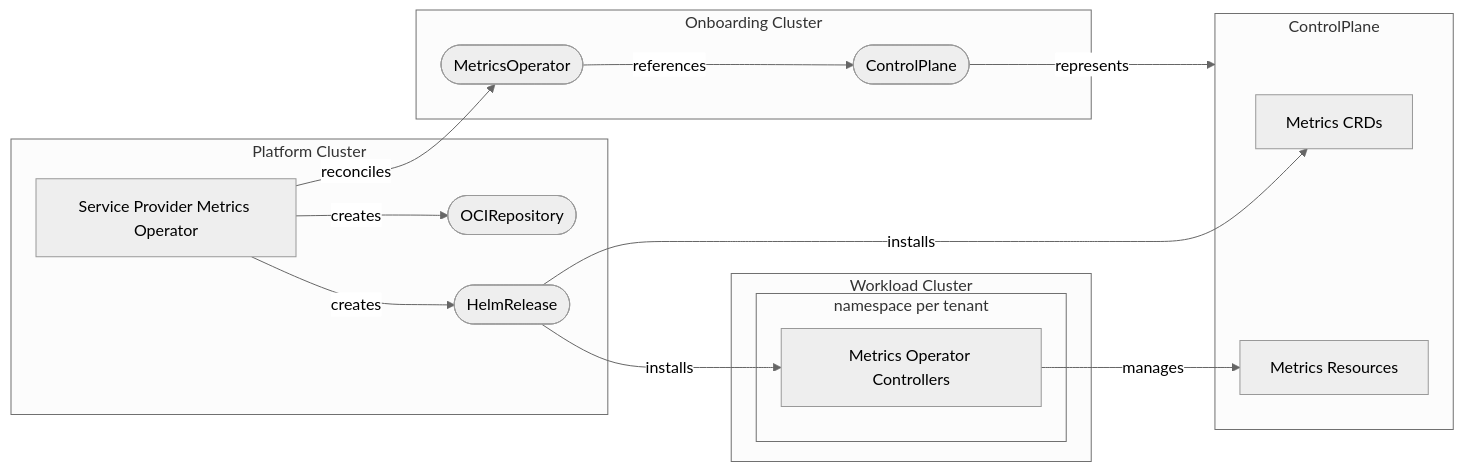
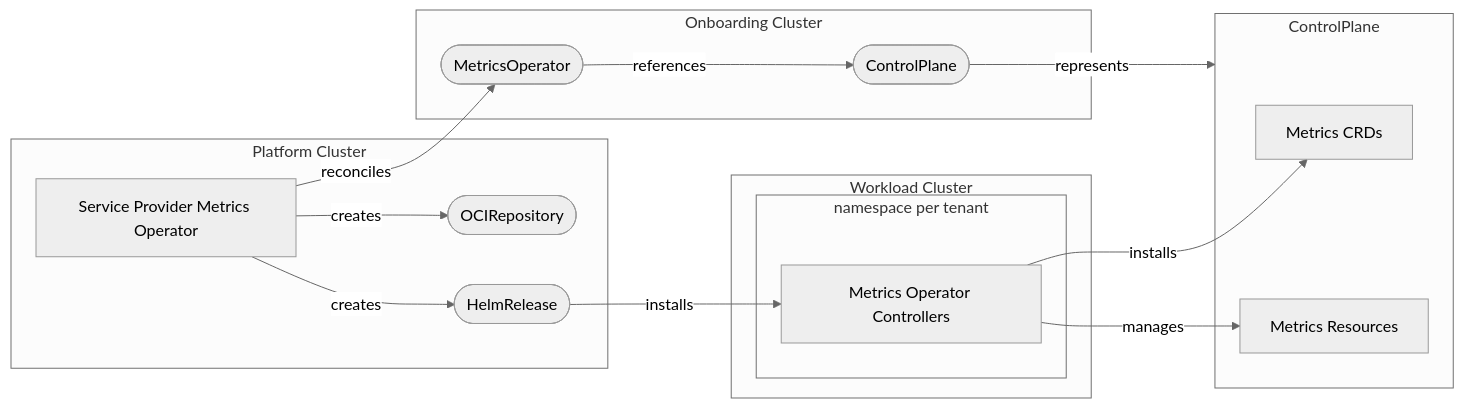
The diagram in README.md (openmcp-project/service-provider-metrics-operator), drawn with Mermaid (neutral theme) before and after one commit.

Commit message:
change diagram
On-behalf-of: @SAP nico.andres@sap.com

````diff
--- a/README.md
+++ b/README.md
@@ -18,35 +18,35 @@
 ```mermaid
 flowchart LR
 
   subgraph PC[Platform Cluster]
     spmo[Service Provider Metrics Operator]
     ocirepo([OCIRepository])
     helmrel([HelmRelease])
   end
 
   subgraph OC[Onboarding Cluster]
     moapi([MetricsOperator])
     mcpapi([ControlPlane])
 
     moapi -- references --> mcpapi
   end
 
   subgraph mcp[ControlPlane]
     crds[Metrics CRDs]
     metrics[Metrics Resources]
   end
 
   subgraph wl[Workload Cluster]
     subgraph NS[namespace per tenant]
       wlmoctrl[Metrics Operator Controllers]
     end
   end
 
   spmo -- reconciles --> moapi
   spmo -- creates --> ocirepo
   spmo -- creates --> helmrel
   helmrel -- installs --> wlmoctrl
-  helmrel -- installs --> crds
+  wlmoctrl -- installs --> crds
   wlmoctrl -- manages --> metrics
   mcpapi -- represents --> mcp
 ```
````
